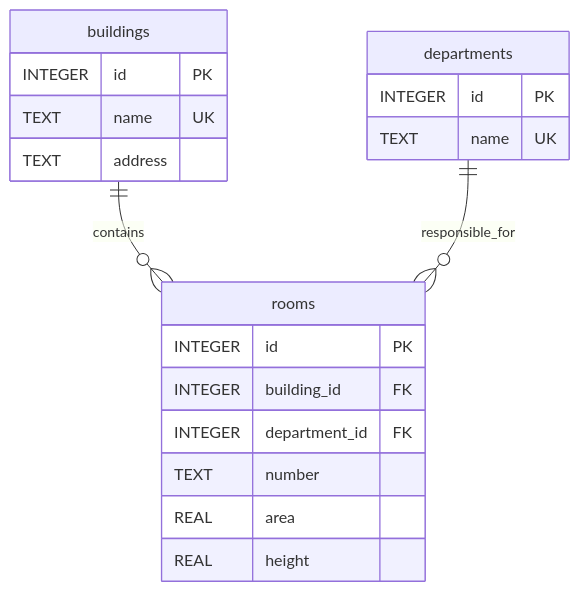
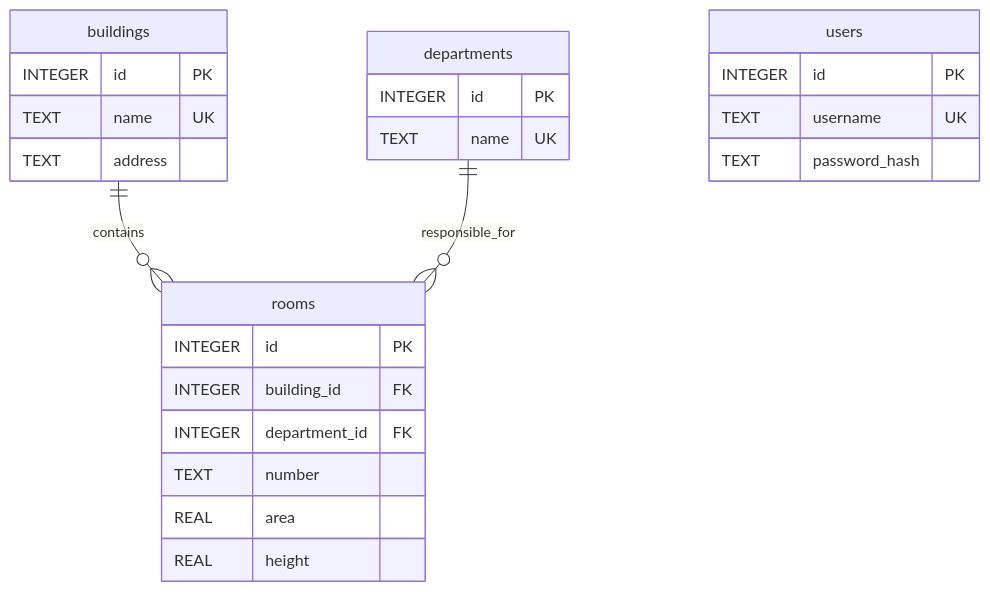
One commit to swelock/DevOps changed the diagram in docs/DATA.md. Above: the diagram before and after it, drawn with Mermaid. The commit also changed other lines of this file and 6 other files, not shown here.

````diff
--- a/docs/DATA.md
+++ b/docs/DATA.md
@@ -7,22 +7,27 @@
 ```mermaid
 erDiagram
     buildings ||--o{ rooms : contains
     departments ||--o{ rooms : responsible_for
+    users {
+        INTEGER id PK
+        TEXT username UK
+        TEXT password_hash
+    }
     buildings {
         INTEGER id PK
         TEXT name UK
         TEXT address
     }
     departments {
         INTEGER id PK
         TEXT name UK
     }
     rooms {
         INTEGER id PK
         INTEGER building_id FK
         INTEGER department_id FK
         TEXT number
         REAL area
         REAL height
     }
 ```
````
